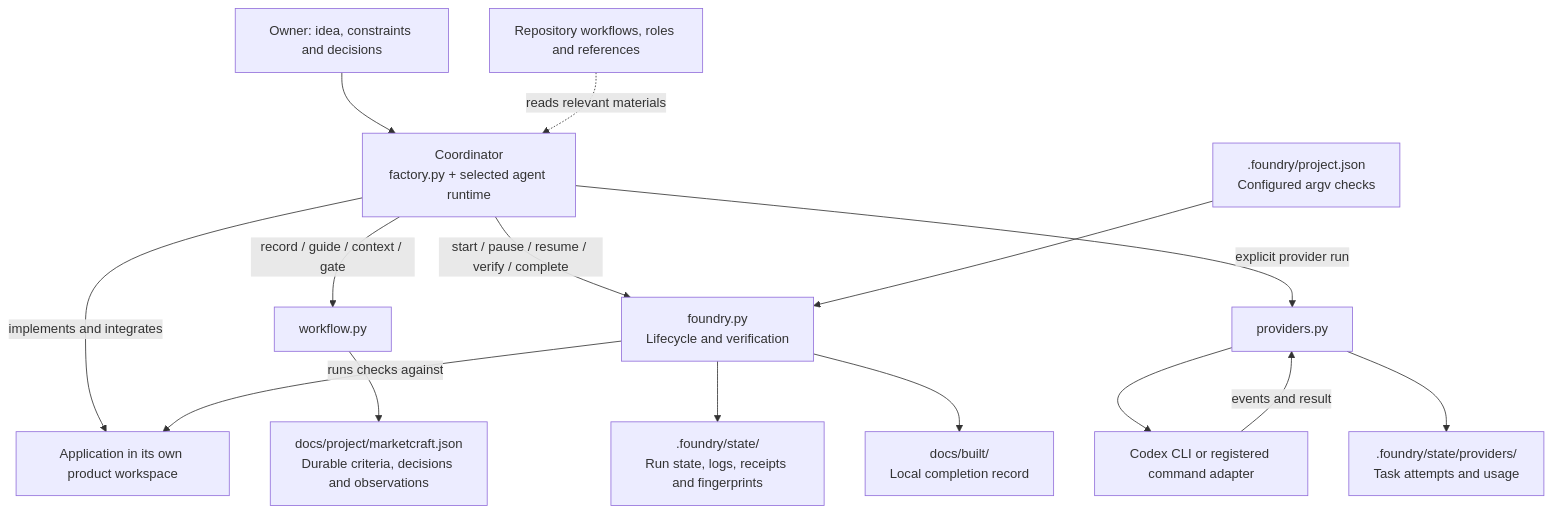
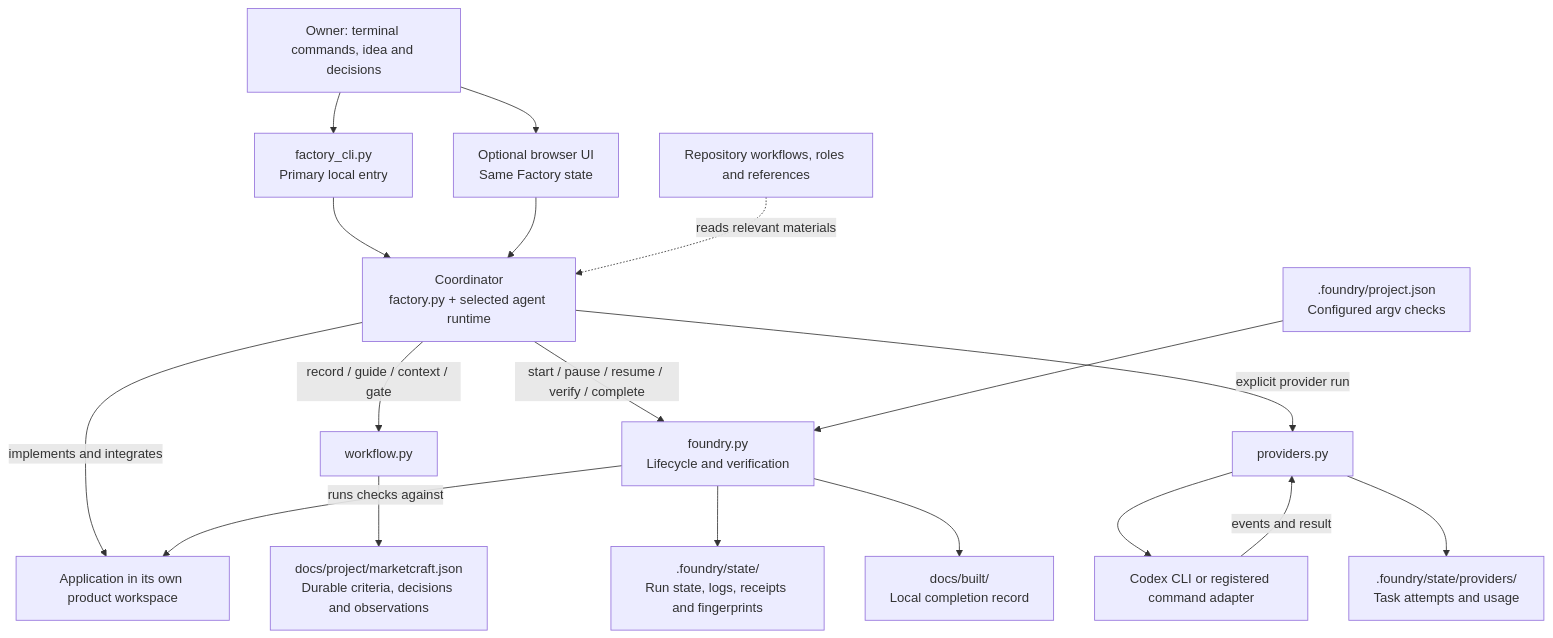
One commit to dabhiram13/foundry changed the second of 4 diagrams in docs/ARCHITECTURE.md. Above: the diagram before and after it, drawn with Mermaid. The commit also changed other lines of this file and 30 other files, not shown here.

````diff
--- a/docs/ARCHITECTURE.md
+++ b/docs/ARCHITECTURE.md
@@ -54,17 +54,20 @@
 ```mermaid
 flowchart TB
-    O["Owner: idea, constraints and decisions"] --> K["Coordinator<br/>factory.py + selected agent runtime"]
+    O["Owner: terminal commands, idea and decisions"] --> CLI["factory_cli.py<br/>Primary local entry"]
+    O --> UI["Optional browser UI<br/>Same Factory state"]
+    CLI --> K["Coordinator<br/>factory.py + selected agent runtime"]
+    UI --> K
     M["Repository workflows, roles and references"] -. "reads relevant materials" .-> K
     K -->|"implements and integrates"| A["Application in its own product workspace"]
     K -->|"record / guide / context / gate"| W["workflow.py"]
     W --> L["docs/project/marketcraft.json<br/>Durable criteria, decisions and observations"]
     K -->|"start / pause / resume / verify / complete"| R["foundry.py<br/>Lifecycle and verification"]
     J[".foundry/project.json<br/>Configured argv checks"] --> R
     R -->|"runs checks against"| A
     R --> S[".foundry/state/<br/>Run state, logs, receipts and fingerprints"]
     R --> B["docs/built/<br/>Local completion record"]
     K -->|"explicit provider run"| P["providers.py"]
     P --> E["Codex CLI or registered command adapter"]
     E -->|"events and result"| P
     P --> T[".foundry/state/providers/<br/>Task attempts and usage"]
 ```
````
